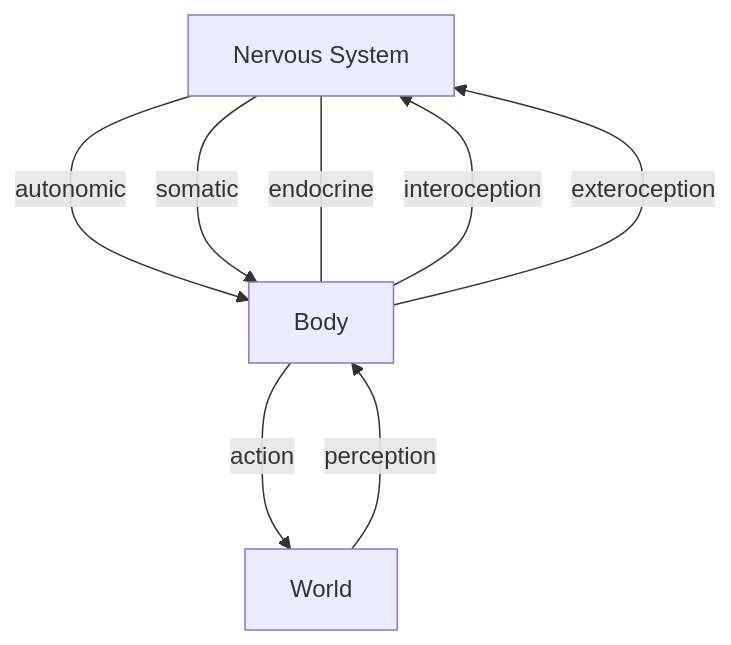
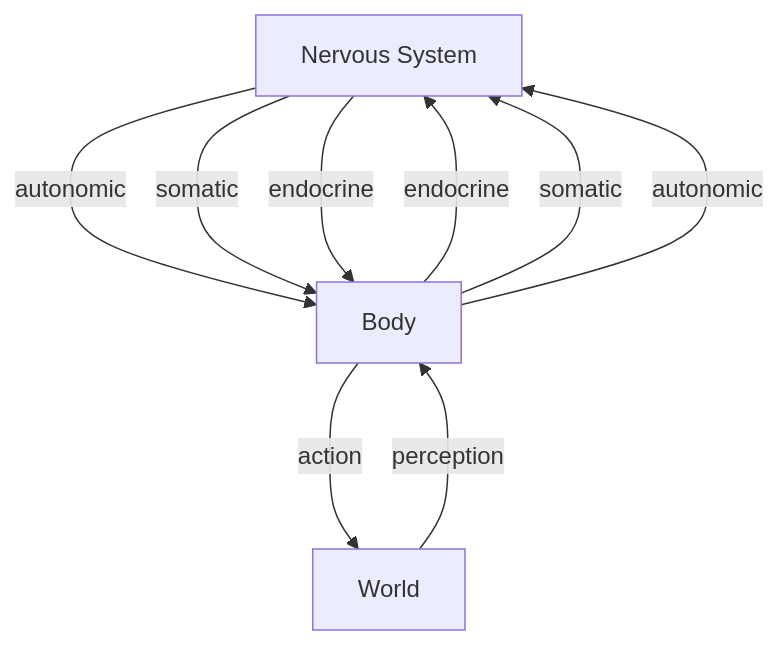
Before and after one commit to psu-psychology/psy-511-scan-fdns-2026-spring: the fifth of 8 diagrams in slides/wk-03-2026-01-29-action.qmd, drawn with Mermaid. The commit also changed other lines of this file and 5 other files, not shown here.

````diff
--- a/slides/wk-03-2026-01-29-action.qmd
+++ b/slides/wk-03-2026-01-29-action.qmd
@@ -232,12 +245,13 @@
 ```{mermaid}
 %%| label: fig-input-output-flows
-%%| fig-cap: "Schematic of information flows into and out of the nervous system. Note: This figure ignores flows specifically related to metabolism."
+%%| fig-cap: "Schematic of information flows into and out of the nervous system. *Note*: This figure ignores flows specifically related to metabolism, like changes in blood oxygen."
 flowchart TD
   N[Nervous System] -- autonomic --> B[Body]
   N -- somatic --> B
-  N ---|endocrine| B
-  B --->|interoception| N
+  N --->|endocrine| B
+  B --->|endocrine| N
   B --->|action| W[World]
   W --->|perception| B
-  B --->|exteroception| N
+  B --->|somatic| N
+  B --->|autonomic| N
 ```
````
